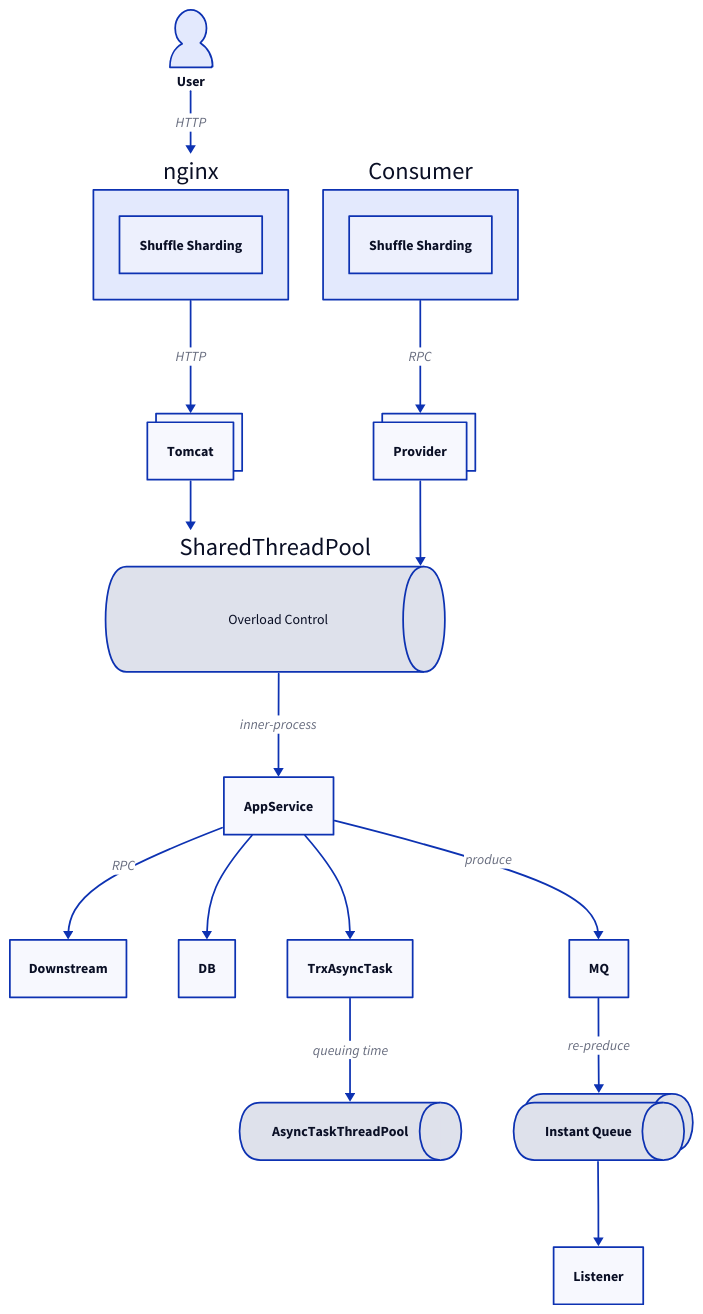
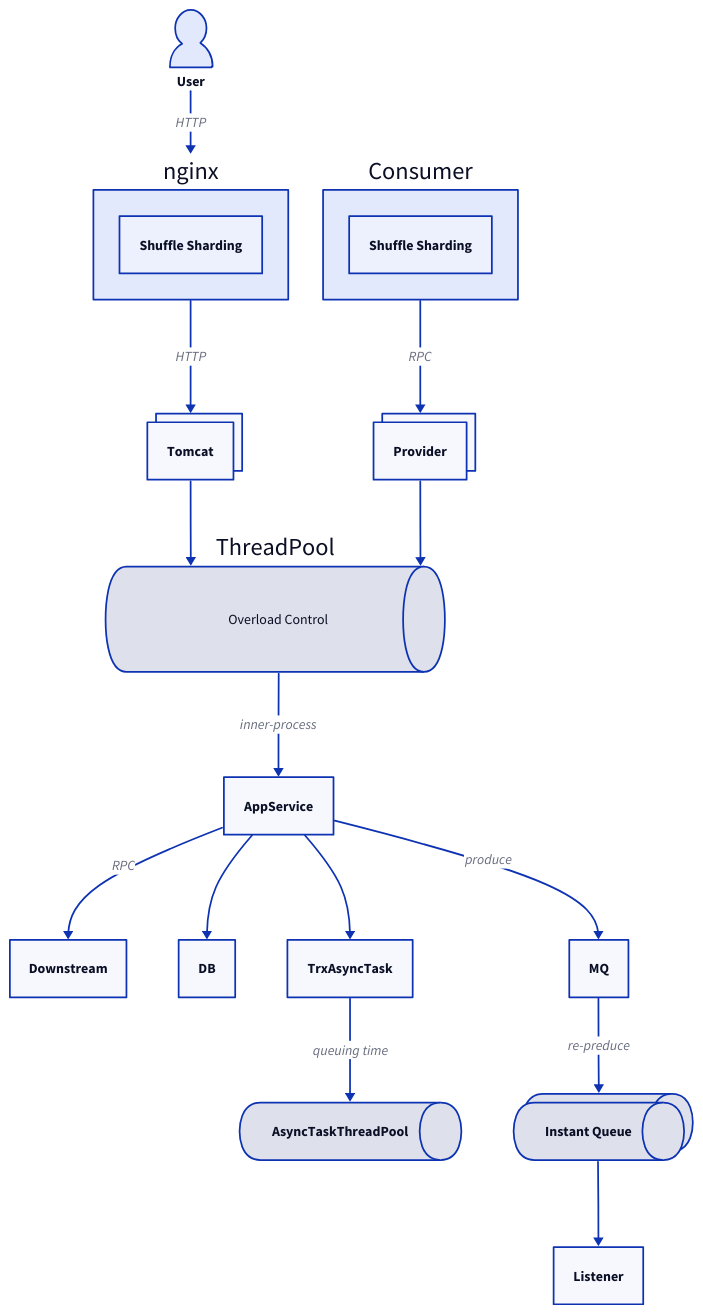
The diagram in assets/bigpicture.d2 (funkygao/workload-pattern), drawn with D2 before and after one commit. The commit also changed 1 other file, not shown here.

```diff
--- a/assets/bigpicture.d2
+++ b/assets/bigpicture.d2
@@ -1,44 +1,44 @@
 User -> nginx: HTTP
 nginx -> Tomcat: HTTP
 nginx: {
   Shuffle Sharding
 }
 Tomcat: {
   style.multiple: true
 }
 User: {
   shape: person
 }
 Consumer -> Provider: RPC
 Provider: {
   style.multiple: true
 }
 Consumer: {
   Shuffle Sharding
 }
-SharedThreadPool: {
+ThreadPool: {
   shape: queue
   Overload Control: {
     shape: text
   }
 }
-Tomcat -> SharedThreadPool
-Provider -> SharedThreadPool
-SharedThreadPool -> AppService: inner-process
+Tomcat -> ThreadPool
+Provider -> ThreadPool
+ThreadPool -> AppService: inner-process
 AppService -> Downstream: RPC
 AppService -> DB
 AppService -> MQ: produce
 AppService -> TrxAsyncTask
 TrxAsyncTask -> AsyncTaskThreadPool: queuing time
 AsyncTaskThreadPool: {
   shape: queue
 }
 
 MQ -> Instant Queue: re-preduce
 Instant Queue: {
   shape: queue
   style.multiple: true
 }
 Instant Queue -> Listener
 
 # https://play.d2lang.com/?script=fFJRTsMwDP33KXyBcYB8II3xARITHSsHiFpvi9ic4CRjCPXuyB3tuqrjL37v2X5-7Xskwdk98tbxyeBTWRbQvhUs_aGyaYga_AHE9S5vNnvC9c5K7XgLDXRSpVt7d931BpNkggZ01Z9AzzYYSKJnaGDhOebD2Ugh_uhqVb4VC7hU_wzu2m-b2wnZuvB-f7X_M1MmQHw9kuy9rXHhOUkn6mUaLCA2_ZVtNP3I3uMIvjyVmIewJjm6igw6ZpJZEF9RjHBhVPfov_SfJns4BzBiH0bAcmUwiK9zRSOmlNM8fnNV2vgBw6J10xUDvxPYRFoNwHKlI545JssJVwobFJoFodbHiJkI_MZ3vGrUHS8uJmIS-A0AAP__&theme=1&sketch=1&
```
